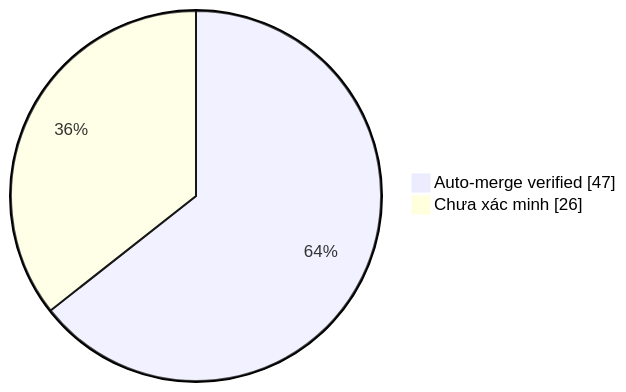
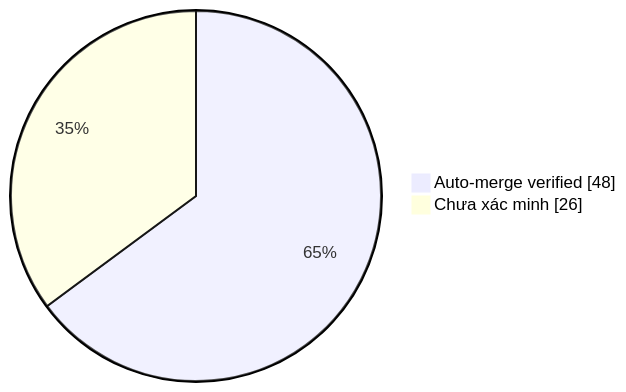
Before and after one commit to duykhang68/tetdinhmuiblog: the diagram in collector.md, drawn with Mermaid. The commit also changed other lines of this file and 1 other file, not shown here.

Commit message:
docs(collector): update auto-merge evidence dashboard

````diff
--- a/collector.md
+++ b/collector.md
@@ -22,5 +22,5 @@
 ```mermaid
 pie showData
-    "Auto-merge verified" : 47
+    "Auto-merge verified" : 48
     "Chưa xác minh" : 26
 ```
````
